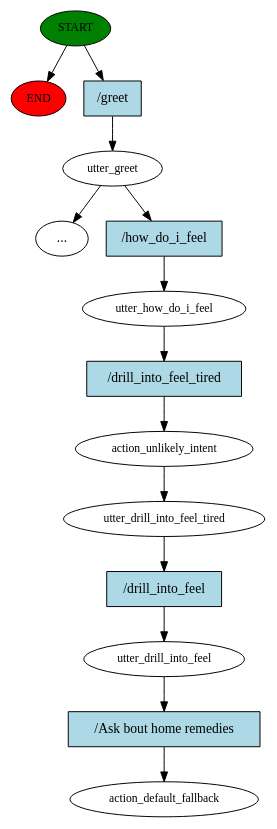
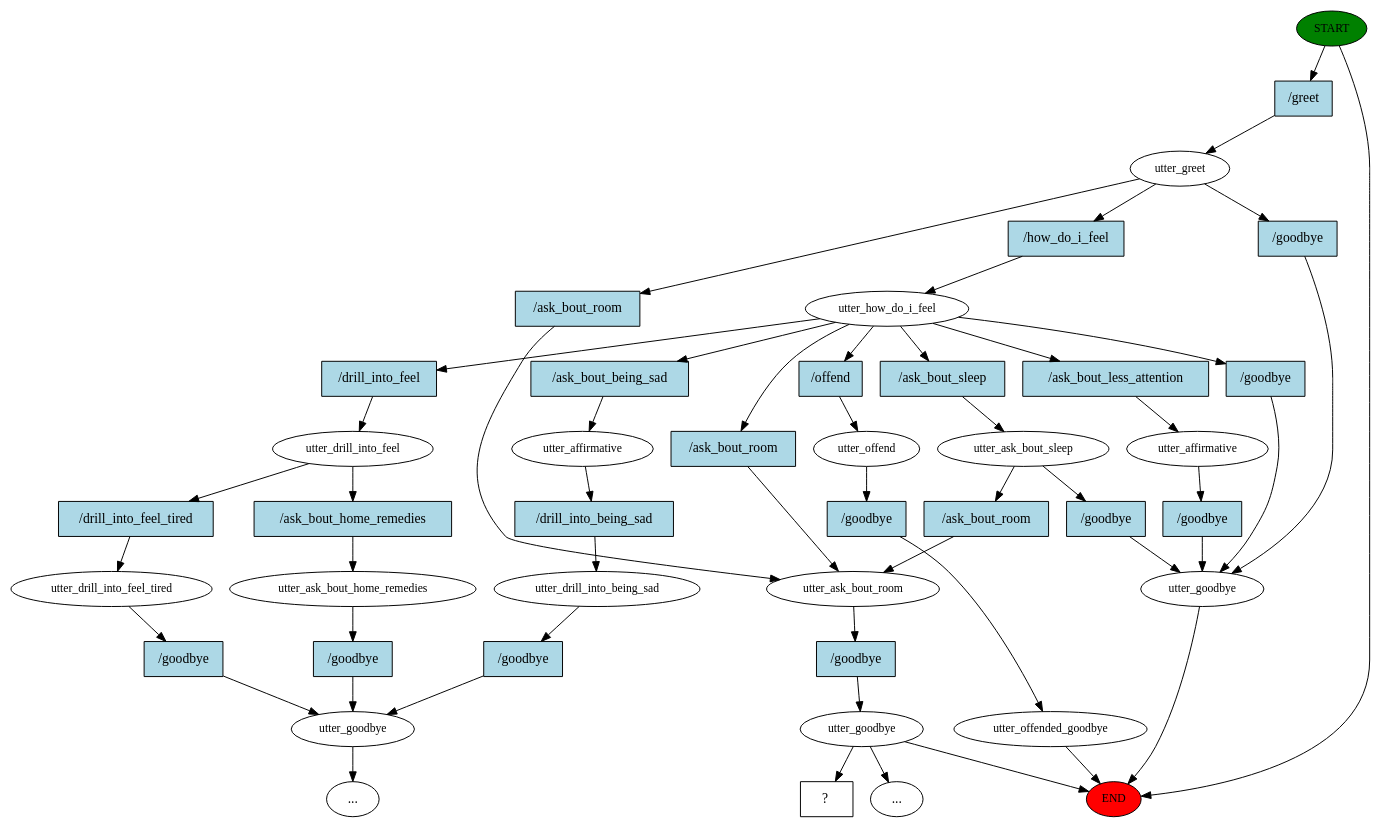
One commit to KolRobOsk/Praca-Dyplomowa-195IC-21720 changed the diagram in Bot Depresyjny 21720/story_graph.dot. Above: the diagram before and after it, drawn with Graphviz. The commit also changed 3 other files, not shown here.

```diff
--- a/Bot Depresyjny 21720/story_graph.dot
+++ b/Bot Depresyjny 21720/story_graph.dot
@@ -1,29 +1,95 @@
 digraph  {
 0 [class="start active", fillcolor=green, fontsize=12, label=START, style=filled];
 "-1" [class=end, fillcolor=red, fontsize=12, label=END, style=filled];
 1 [class=active, fontsize=12, label=utter_greet];
-"-5" [class=ellipsis, label="..."];
-5 [class=active, fontsize=12, label=utter_how_do_i_feel];
-6 [class=active, fontsize=12, label=action_unlikely_intent];
-7 [class=active, fontsize=12, label=utter_drill_into_feel_tired];
-8 [class=active, fontsize=12, label=utter_drill_into_feel];
-9 [class="dashed active", fontsize=12, label=action_default_fallback];
-10 [class="intent active", fillcolor=lightblue, label="/greet", shape=rect, style=filled];
-11 [class="intent active", fillcolor=lightblue, label="/how_do_i_feel", shape=rect, style=filled];
-12 [class="intent active", fillcolor=lightblue, label="/drill_into_feel_tired", shape=rect, style=filled];
-13 [class="intent active", fillcolor=lightblue, label="/drill_into_feel", shape=rect, style=filled];
-14 [class="intent active", fillcolor=lightblue, label="/Ask bout home remedies", shape=rect, style=filled];
+2 [class=active, fontsize=12, label=utter_how_do_i_feel];
+3 [class=active, fontsize=12, label=utter_ask_bout_room];
+4 [class=active, fontsize=12, label=utter_goodbye];
+"-3" [class=ellipsis, label="..."];
+9 [class="", fontsize=12, label=utter_goodbye];
+15 [class="", fontsize=12, label=utter_drill_into_feel];
+16 [class="", fontsize=12, label=utter_drill_into_feel_tired];
+17 [class="", fontsize=12, label=utter_goodbye];
+21 [class="", fontsize=12, label=utter_ask_bout_home_remedies];
+25 [class="", fontsize=12, label=utter_offend];
+26 [class="", fontsize=12, label=utter_offended_goodbye];
+29 [class="", fontsize=12, label=utter_affirmative];
+33 [class="", fontsize=12, label=utter_affirmative];
+34 [class="", fontsize=12, label=utter_drill_into_being_sad];
+"-6" [class=ellipsis, label="..."];
+38 [class=active, fontsize=12, label=utter_ask_bout_sleep];
+45 [class="intent dashed active", label="  ?  ", shape=rect];
+46 [class="intent active", fillcolor=lightblue, label="/greet", shape=rect, style=filled];
+47 [class="intent active", fillcolor=lightblue, label="/how_do_i_feel", shape=rect, style=filled];
+48 [class=intent, fillcolor=lightblue, label="/goodbye", shape=rect, style=filled];
+49 [class=intent, fillcolor=lightblue, label="/ask_bout_room", shape=rect, style=filled];
+50 [class=intent, fillcolor=lightblue, label="/ask_bout_room", shape=rect, style=filled];
+51 [class=intent, fillcolor=lightblue, label="/drill_into_feel", shape=rect, style=filled];
+52 [class=intent, fillcolor=lightblue, label="/offend", shape=rect, style=filled];
+53 [class=intent, fillcolor=lightblue, label="/ask_bout_less_attention", shape=rect, style=filled];
+54 [class=intent, fillcolor=lightblue, label="/ask_bout_being_sad", shape=rect, style=filled];
+55 [class="intent active", fillcolor=lightblue, label="/ask_bout_sleep", shape=rect, style=filled];
+56 [class=intent, fillcolor=lightblue, label="/goodbye", shape=rect, style=filled];
+57 [class="intent active", fillcolor=lightblue, label="/goodbye", shape=rect, style=filled];
+58 [class=intent, fillcolor=lightblue, label="/drill_into_feel_tired", shape=rect, style=filled];
+59 [class=intent, fillcolor=lightblue, label="/ask_bout_home_remedies", shape=rect, style=filled];
+60 [class=intent, fillcolor=lightblue, label="/goodbye", shape=rect, style=filled];
+61 [class=intent, fillcolor=lightblue, label="/goodbye", shape=rect, style=filled];
+62 [class=intent, fillcolor=lightblue, label="/goodbye", shape=rect, style=filled];
+63 [class=intent, fillcolor=lightblue, label="/goodbye", shape=rect, style=filled];
+64 [class=intent, fillcolor=lightblue, label="/drill_into_being_sad", shape=rect, style=filled];
+65 [class=intent, fillcolor=lightblue, label="/goodbye", shape=rect, style=filled];
+66 [class=intent, fillcolor=lightblue, label="/goodbye", shape=rect, style=filled];
+67 [class="intent active", fillcolor=lightblue, label="/ask_bout_room", shape=rect, style=filled];
 0 -> "-1"  [class="", key=NONE, label=""];
-0 -> 10  [class=active, key=0];
-1 -> "-5"  [class="", key=NONE, label=""];
-1 -> 11  [class=active, key=0];
-5 -> 12  [class=active, key=0];
-6 -> 7  [class=active, key=NONE, label=""];
-7 -> 13  [class=active, key=0];
-8 -> 14  [class=active, key=0];
-10 -> 1  [class=active, key=0];
-11 -> 5  [class=active, key=0];
-12 -> 6  [class=active, key=0];
-13 -> 8  [class=active, key=0];
-14 -> 9  [class=active, key=0];
+0 -> 46  [class=active, key=0];
+1 -> 47  [class=active, key=0];
+1 -> 48  [class="", key=0];
+1 -> 49  [class="", key=0];
+2 -> 50  [class="", key=0];
+2 -> 51  [class="", key=0];
+2 -> 52  [class="", key=0];
+2 -> 53  [class="", key=0];
+2 -> 54  [class="", key=0];
+2 -> 55  [class=active, key=0];
+2 -> 56  [class="", key=0];
+3 -> 57  [class=active, key=0];
+4 -> "-1"  [class="", key=NONE, label=""];
+4 -> "-3"  [class="", key=NONE, label=""];
+4 -> 45  [class=active, key=NONE, label=""];
+9 -> "-1"  [class="", key=NONE, label=""];
+15 -> 58  [class="", key=0];
+15 -> 59  [class="", key=0];
+16 -> 60  [class="", key=0];
+17 -> "-6"  [class="", key=NONE, label=""];
+21 -> 61  [class="", key=0];
+25 -> 62  [class="", key=0];
+26 -> "-1"  [class="", key=NONE, label=""];
+29 -> 63  [class="", key=0];
+33 -> 64  [class="", key=0];
+34 -> 65  [class="", key=0];
+38 -> 66  [class="", key=0];
+38 -> 67  [class=active, key=0];
+46 -> 1  [class=active, key=0];
+47 -> 2  [class=active, key=0];
+48 -> 9  [class="", key=0];
+49 -> 3  [class="", key=0];
+50 -> 3  [class="", key=0];
+51 -> 15  [class="", key=0];
+52 -> 25  [class="", key=0];
+53 -> 29  [class="", key=0];
+54 -> 33  [class="", key=0];
+55 -> 38  [class=active, key=0];
+56 -> 9  [class="", key=0];
+57 -> 4  [class=active, key=0];
+58 -> 16  [class="", key=0];
+59 -> 21  [class="", key=0];
+60 -> 17  [class="", key=0];
+61 -> 17  [class="", key=0];
+62 -> 26  [class="", key=0];
+63 -> 9  [class="", key=0];
+64 -> 34  [class="", key=0];
+65 -> 17  [class="", key=0];
+66 -> 9  [class="", key=0];
+67 -> 3  [class=active, key=0];
 }
```
